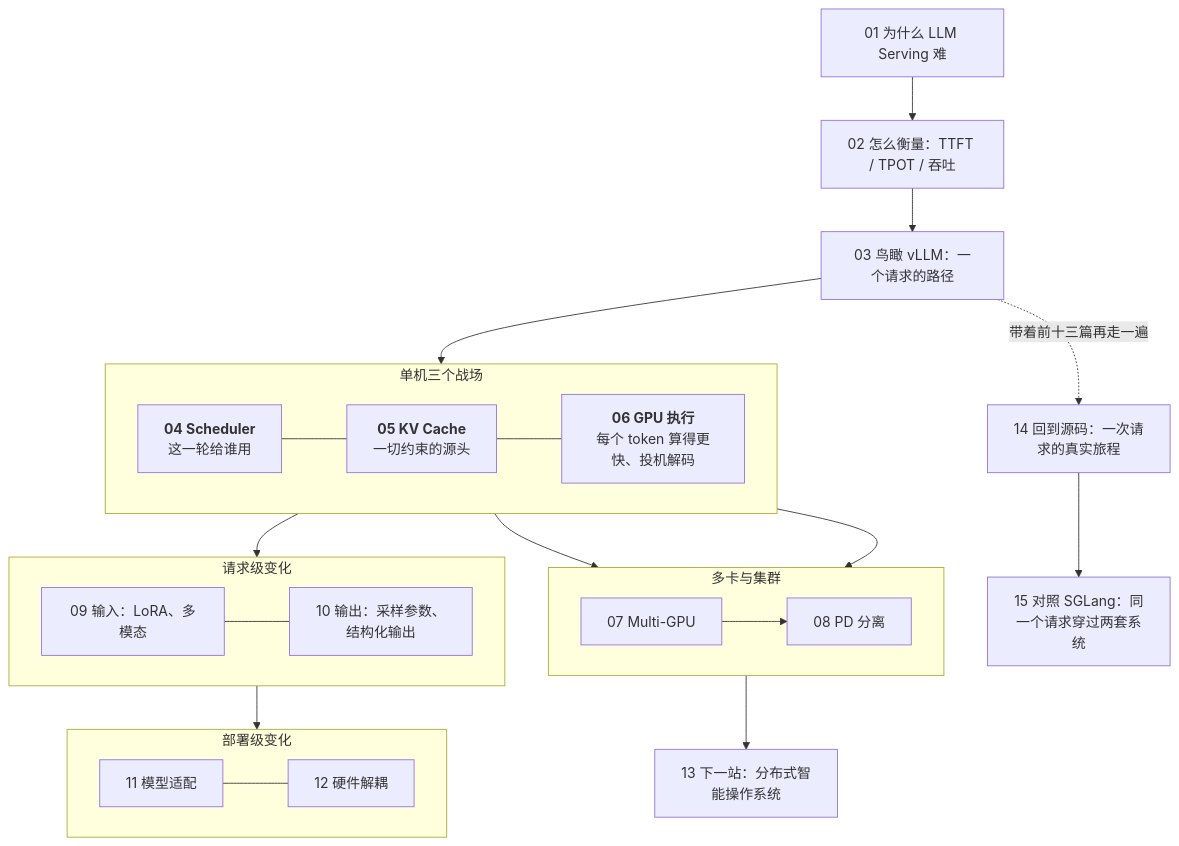
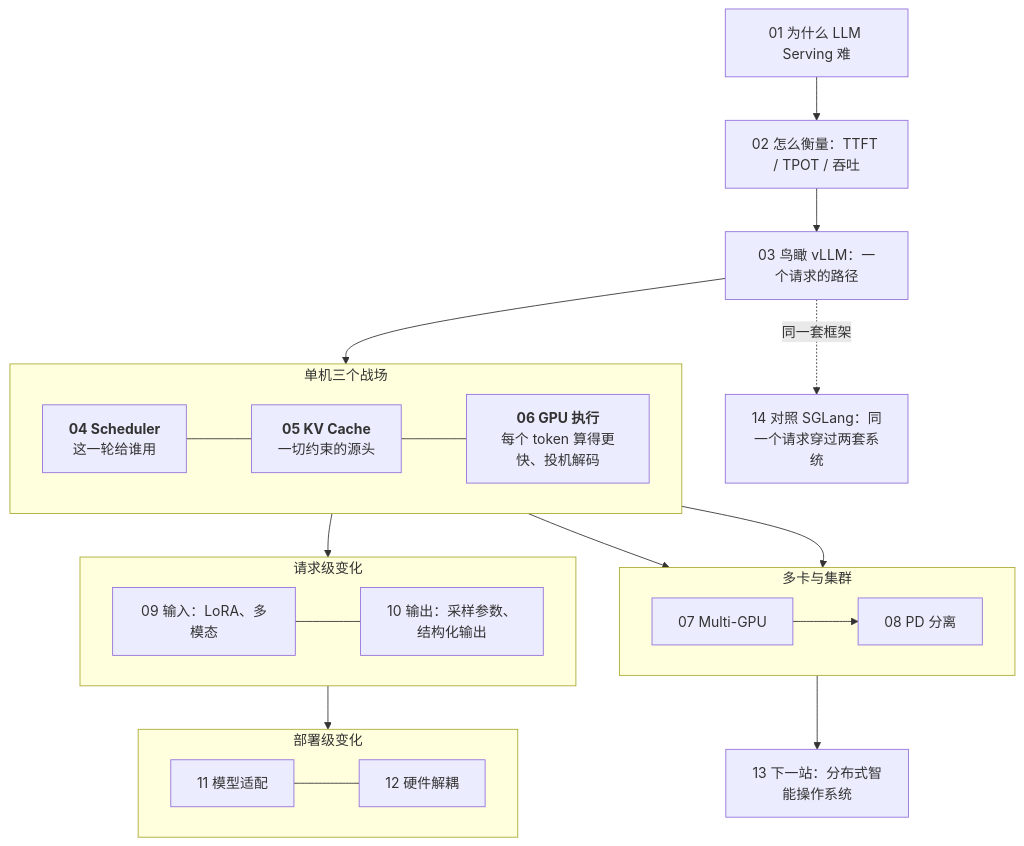
The first of 2 diagrams in _posts/2026-08-25-deep-dive-into-vllm-series-recap-and-self-test.md (arganzheng/arganzheng.github.com), drawn with Mermaid before and after one commit. The commit also changed other lines of this file and 14 other files, not shown here.

````diff
--- a/_posts/2026-08-25-deep-dive-into-vllm-series-recap-and-self-test.md
+++ b/_posts/2026-08-25-deep-dive-into-vllm-series-recap-and-self-test.md
@@ -20,31 +20,30 @@
 ```mermaid
 %%{init: {"flowchart": {"wrappingWidth": 150}}}%%
-%% 图：vLLM 系列全景：问题 → 指标 → 全景 → 单机三个战场 → 多卡与集群 → 输入、输出、模型与硬件适配 → 演进 → 源码 → 对照 SGLang
+%% 图：vLLM 系列全景：问题 → 指标 → 全景 → 单机三个战场 → 多卡与集群 → 输入、输出、模型与硬件适配 → 演进 → 对照 SGLang
 flowchart TB
     V1["01 为什么 LLM Serving 难"] --> V2["02 怎么衡量：TTFT / TPOT / 吞吐"] --> V3["03 鸟瞰 vLLM：一个请求的路径"]
     subgraph ONE["单机三个战场"]
         direction LR
         V4["<b>04 Scheduler</b><br/>这一轮给谁用"] --- V5["<b>05 KV Cache</b><br/>一切约束的源头"] --- V6["<b>06 GPU 执行</b><br/>每个 token 算得更快、投机解码"]
     end
     V3 --> ONE
     subgraph SCALE["多卡与集群"]
         direction LR
         V7["07 Multi-GPU"] --> V8["08 PD 分离"]
     end
     subgraph REQ["请求级变化"]
         direction LR
         V9["09 输入：LoRA、多模态"] --- V10["10 输出：采样参数、结构化输出"]
     end
     subgraph DEP["部署级变化"]
         direction LR
         V11["11 模型适配"] --- V12["12 硬件解耦"]
     end
     ONE --> SCALE
     V5 --> V8
     ONE --> REQ
     REQ --> DEP
     SCALE --> V13["13 下一站：分布式智能操作系统"]
-    V3 -. "带着前十三篇再走一遍" .-> V14["14 回到源码：一次请求的真实旅程"]
-    V14 --> V15["15 对照 SGLang：同一个请求穿过两套系统"]
+    V3 -. "同一套框架" .-> V14["14 对照 SGLang：同一个请求穿过两套系统"]
 
 ```
````
